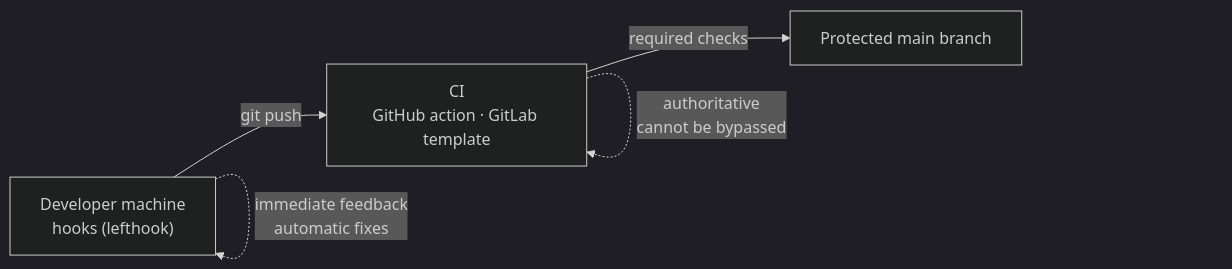
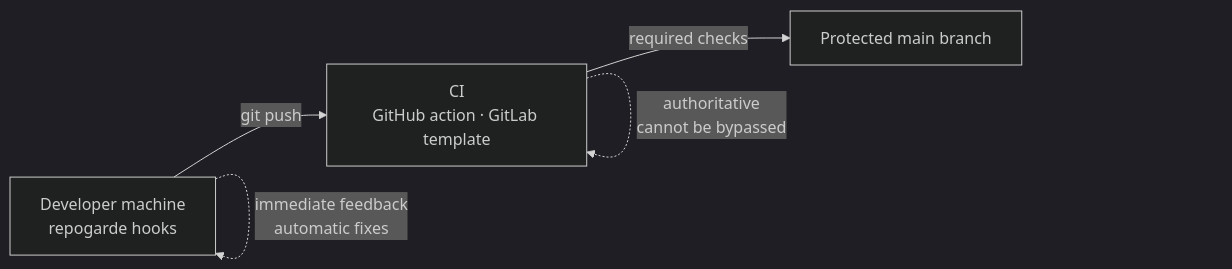
The diagram in docs/index.en.md (SimBienvenueHoulBoumi/githooks), drawn with Mermaid (dark theme) before and after one commit. The commit also changed other lines of this file and 38 other files, not shown here.

First line of the commit message:
refactor(hooks)!: retire la prise en charge de lefthook

````diff
--- a/docs/index.en.md
+++ b/docs/index.en.md
@@ -5,7 +5,7 @@
 ```mermaid
 flowchart LR
-    A["Developer machine<br/>hooks (lefthook)"] -->|git push| B["CI<br/>GitHub action · GitLab template"]
+    A["Developer machine<br/>repogarde hooks"] -->|git push| B["CI<br/>GitHub action · GitLab template"]
     B -->|required checks| C["Protected main branch"]
     A -. "immediate feedback<br/>automatic fixes" .-> A
     B -. "authoritative<br/>cannot be bypassed" .-> B
 ```
````
